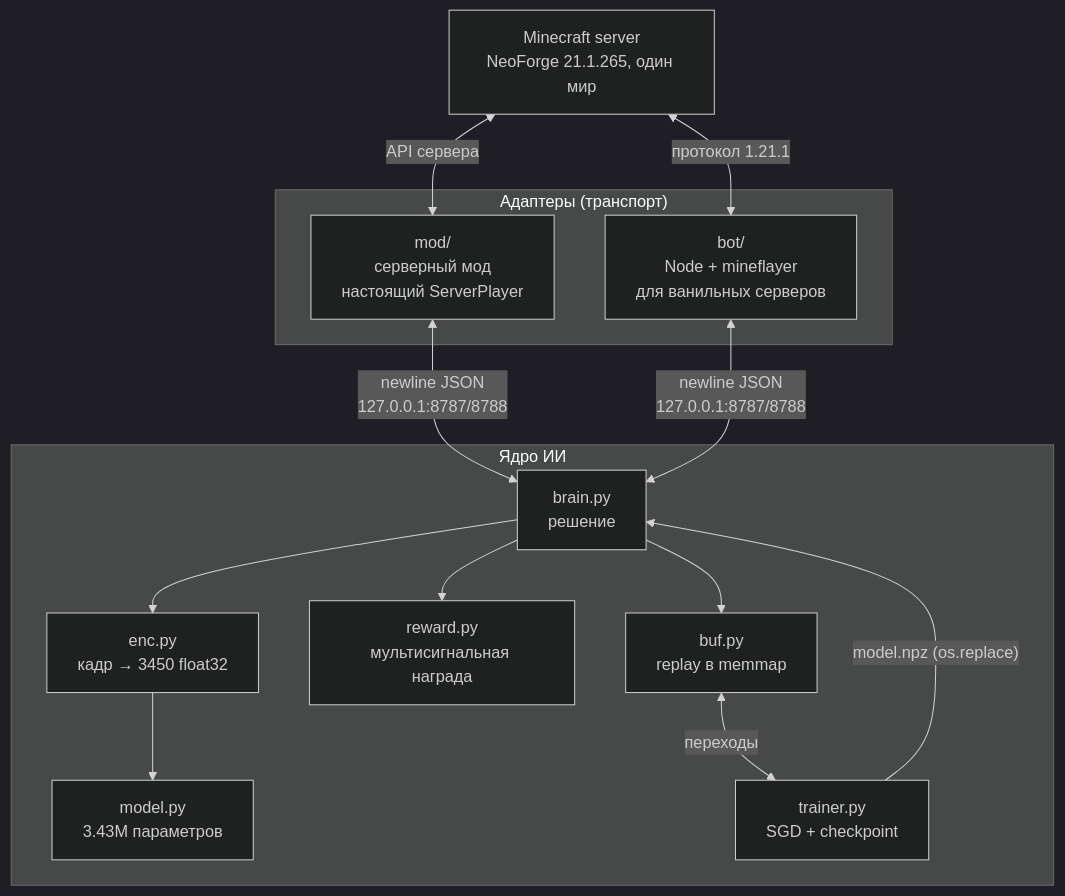
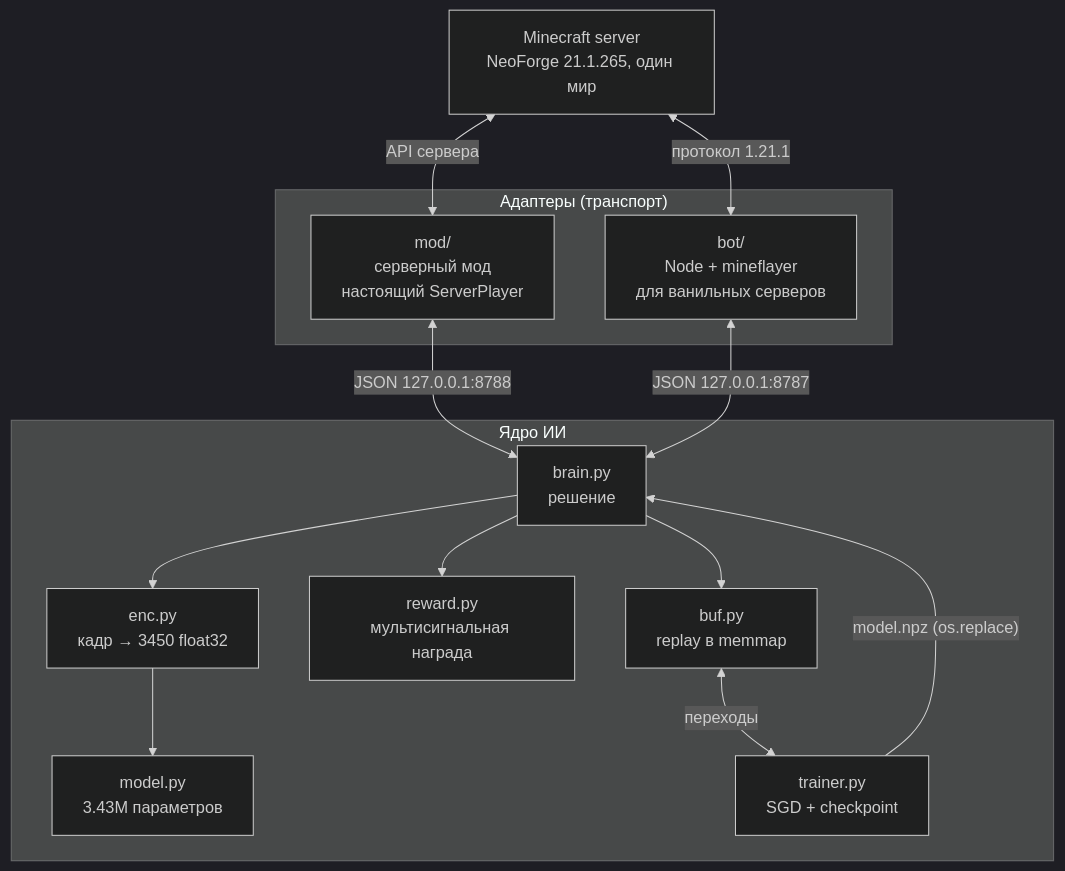
Before and after one commit to vovawees/soma: the diagram in README.md, drawn with Mermaid (dark theme). The commit also changed 1 other file, not shown here.

Commit message:
Add MIT LICENSE; split the multi-node Mermaid edge (GitHub renders it unreliably)

````diff
--- a/README.md
+++ b/README.md
@@ -55,27 +55,28 @@
 ```mermaid
 flowchart TB
     MC["Minecraft server<br/>NeoForge 21.1.265, один мир"]
 
     subgraph adapters["Адаптеры (транспорт)"]
         MOD["mod/<br/>серверный мод<br/>настоящий ServerPlayer"]
         BOT["bot/<br/>Node + mineflayer<br/>для ванильных серверов"]
     end
 
     subgraph brain["Ядро ИИ"]
         ENC["enc.py<br/>кадр → 3450 float32"]
         NET["model.py<br/>3.43M параметров"]
         RW["reward.py<br/>мультисигнальная награда"]
         BUF["buf.py<br/>replay в memmap"]
         BR["brain.py<br/>решение"]
         TR["trainer.py<br/>SGD + checkpoint"]
     end
 
     MC <-->|протокол 1.21.1| BOT
     MC <-->|API сервера| MOD
-    MOD & BOT <-->|"newline JSON<br/>127.0.0.1:8787/8788"| BR
+    MOD <-->|"JSON 127.0.0.1:8788"| BR
+    BOT <-->|"JSON 127.0.0.1:8787"| BR
     BR --> ENC --> NET
     BR --> RW
     BR --> BUF
     BUF <-->|переходы| TR
     TR -->|"model.npz (os.replace)"| BR
 ```
````
